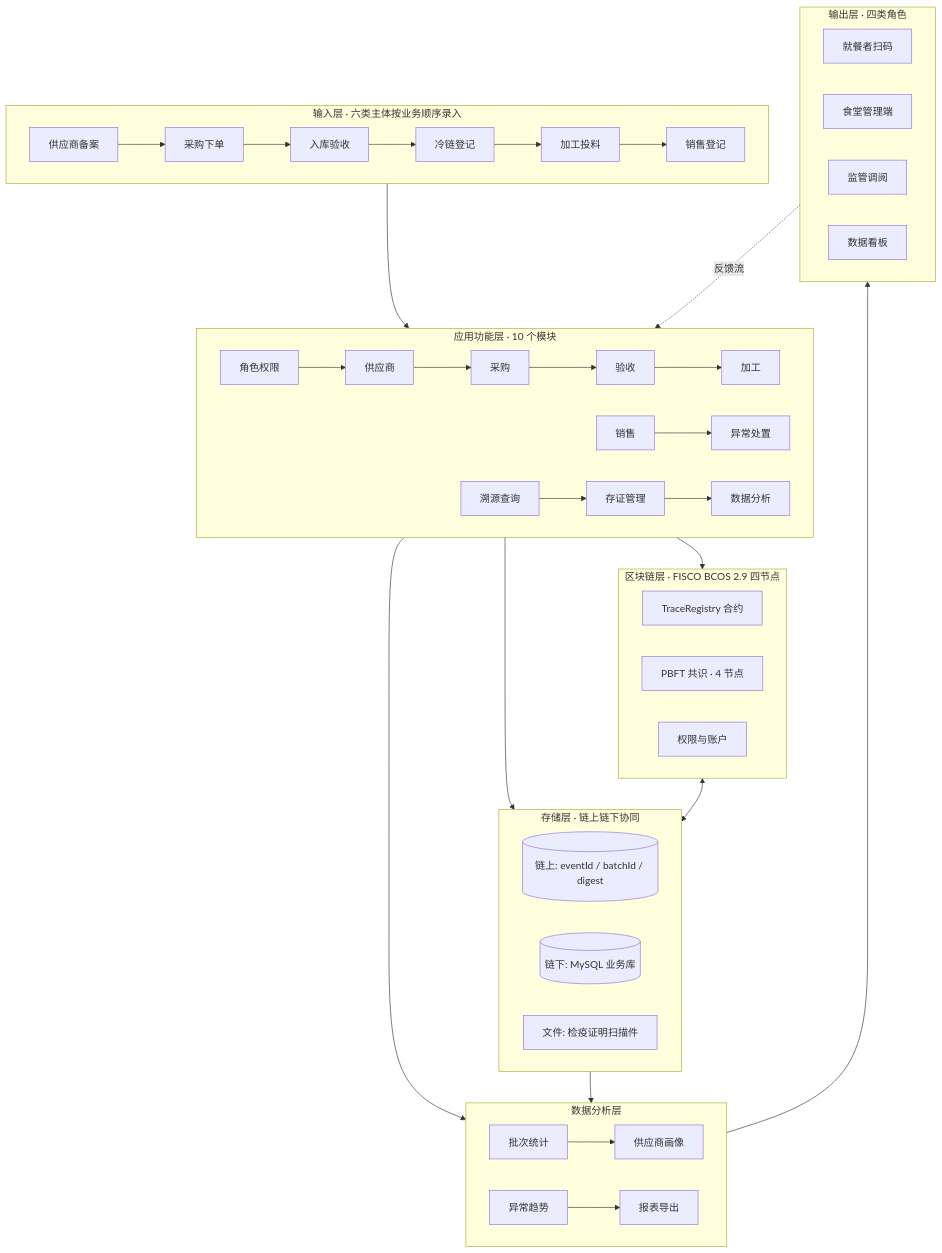
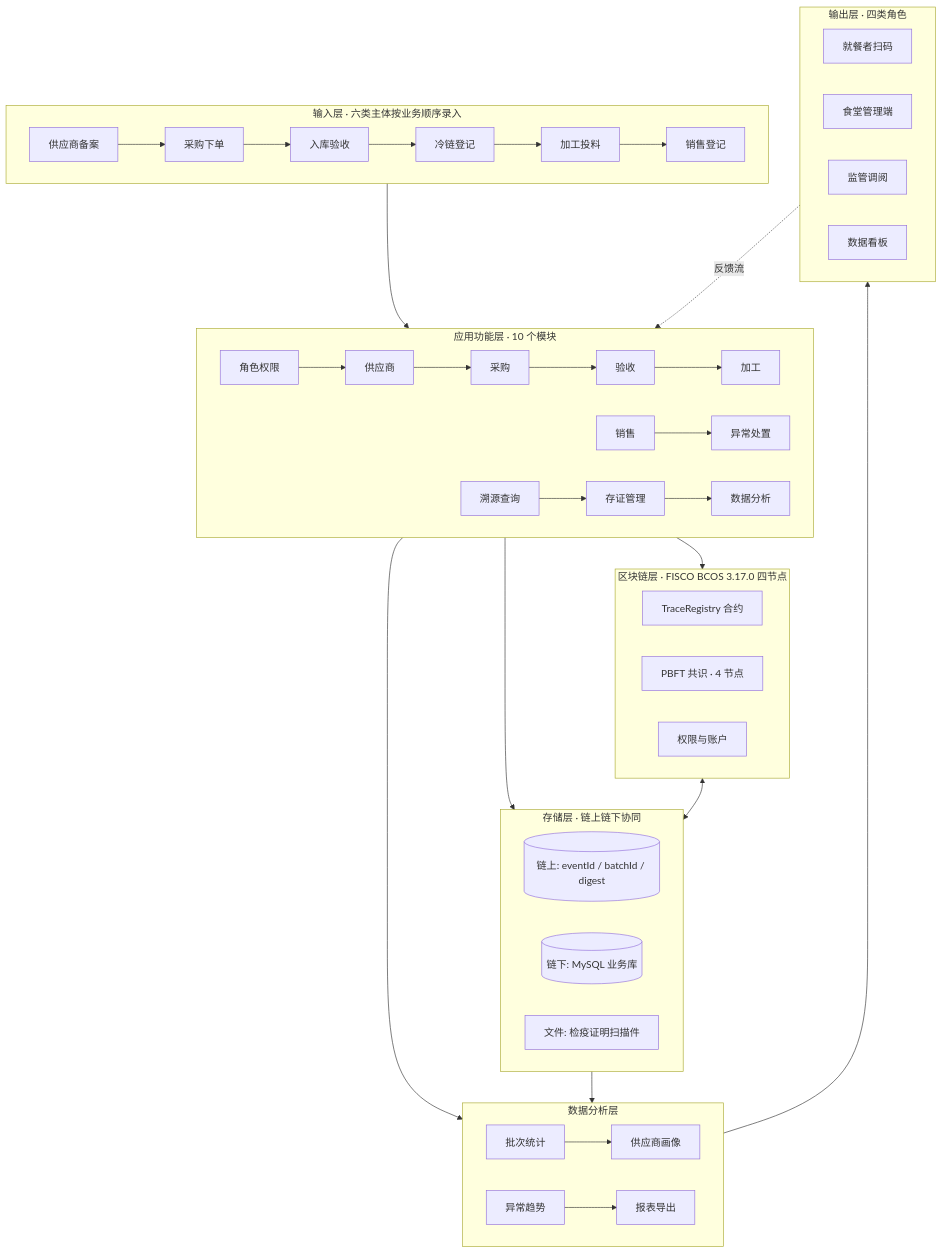
One commit to mayinjiang6-create/canteen-meat-traceability changed the first of 3 diagrams in docs/tech/01-架构总览.md. Above: the diagram before and after it, drawn with Mermaid. The commit also changed other lines of this file and 37 other files, not shown here.

````diff
--- a/docs/tech/01-架构总览.md
+++ b/docs/tech/01-架构总览.md
@@ -41,45 +41,45 @@
 ```mermaid
 flowchart TB
     subgraph L1[输入层 · 六类主体按业务顺序录入]
         direction LR
         A1[供应商备案] --> A2[采购下单] --> A3[入库验收] --> A4[冷链登记] --> A5[加工投料] --> A6[销售登记]
     end
 
     subgraph L2[应用功能层 · 10 个模块]
         direction LR
         B1[角色权限] --> B2[供应商] --> B3[采购] --> B4[验收] --> B5[加工]
         B6[销售] --> B7[异常处置]
         B8[溯源查询] --> B9[存证管理] --> B10[数据分析]
     end
 
-    subgraph L3[区块链层 · FISCO BCOS 2.9 四节点]
+    subgraph L3[区块链层 · FISCO BCOS 3.17.0 四节点]
         C1[TraceRegistry 合约]
         C2[PBFT 共识 · 4 节点]
         C3[权限与账户]
     end
 
     subgraph L4[存储层 · 链上链下协同]
         D1[(链上: eventId / batchId / digest)]
         D2[(链下: MySQL 业务库)]
         D3[文件: 检疫证明扫描件]
     end
 
     subgraph L5[数据分析层]
         E1[批次统计] --> E2[供应商画像]
         E3[异常趋势] --> E4[报表导出]
     end
 
     subgraph L6[输出层 · 四类角色]
         F1[就餐者扫码]
         F2[食堂管理端]
         F3[监管调阅]
         F4[数据看板]
     end
 
     L1 --> L2 --> L3
     L2 --> L4
     L3 <--> L4
     L2 --> L5 --> L6
     L4 --> L5
     L6 -.反馈流.-> L2
 ```
````
